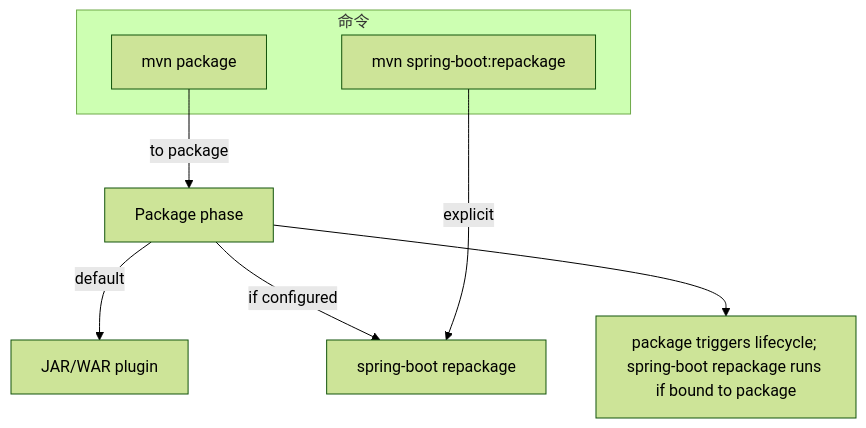
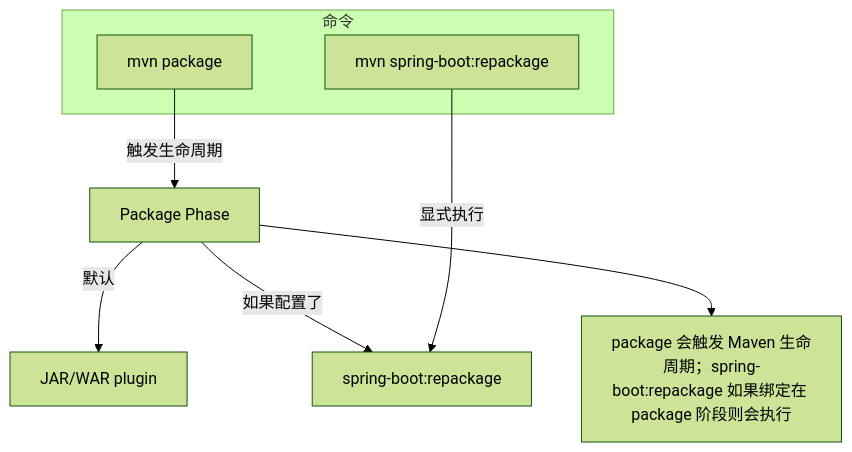
One commit to Adam23Yuan/devops changed the first of 2 diagrams in readme.md. Above: the diagram before and after it, drawn with Mermaid (forest theme). The commit also changed other lines of this file and 1 other file, not shown here.

Commit message:
修复命令

````diff
--- a/readme.md
+++ b/readme.md
@@ -35,19 +35,23 @@
 ```mermaid
 flowchart TB
-  subgraph CLI[命令]
-    A[mvn package]
-    B[mvn spring-boot:repackage]
+  %% 定义子图 CLI
+  subgraph CLI["命令"]
+    A["mvn package"]
+    B["mvn spring-boot:repackage"]
   end
 
-  A -->|to package| PHASE[Package phase]
+  %% package 阶段
+  A -->|触发生命周期| PHASE["Package Phase"]
 
-  PHASE -->|default| JAR[JAR/WAR plugin]
-  PHASE -->|if configured| REPK[spring-boot repackage]
+  %% package 阶段触发的插件
+  PHASE -->|默认| JAR["JAR/WAR plugin"]
+  PHASE -->|如果配置了| REPK["spring-boot:repackage"]
 
-  B -->|explicit| REPK
+  %% 显式调用 repackage
+  B -->|显式执行| REPK
 
-  %% 注释用节点代替
-  PHASE_NOTE[package triggers lifecycle; spring-boot repackage runs if bound to package]
+  %% 注释说明
+  PHASE_NOTE["package 会触发 Maven 生命周期；spring-boot:repackage 如果绑定在 package 阶段则会执行"]
   PHASE --> PHASE_NOTE
 
 ```
````
